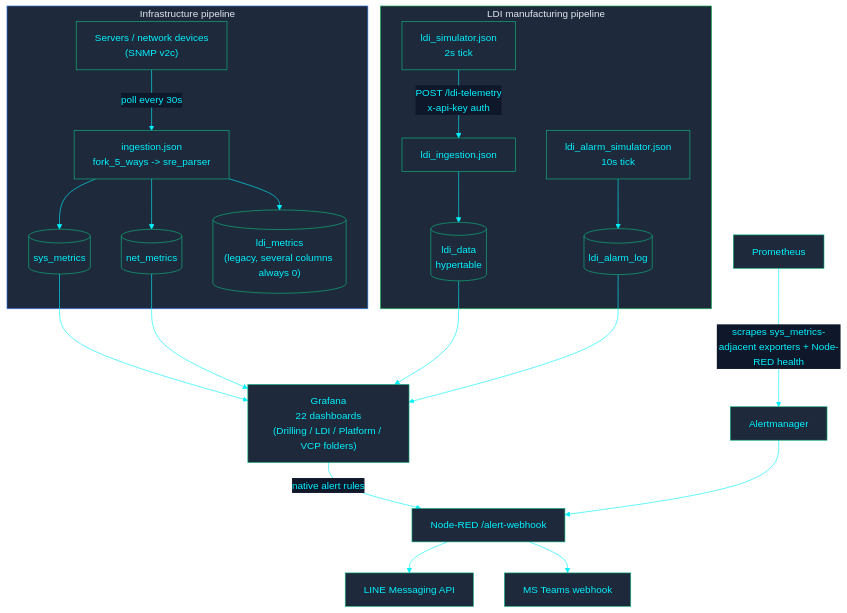
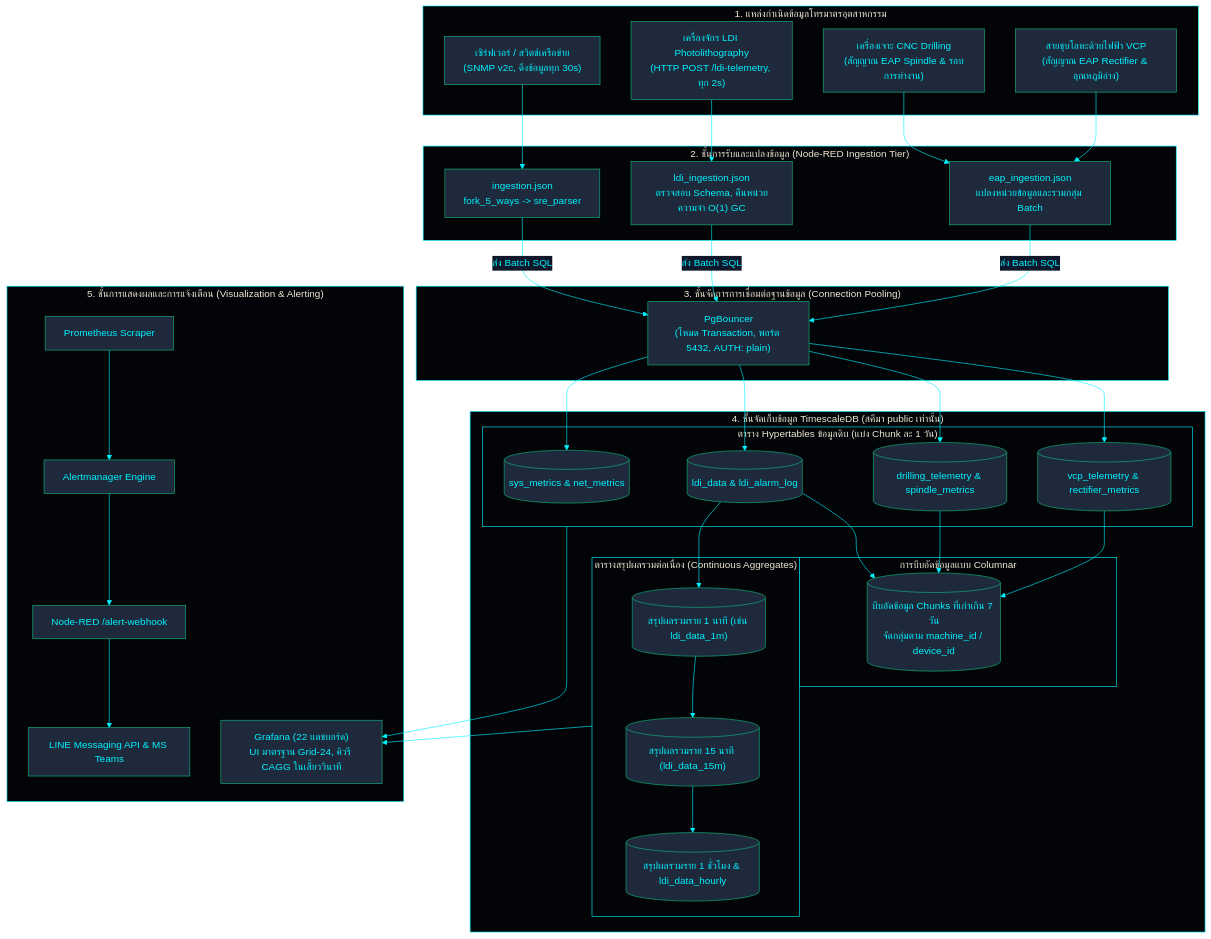
The first of 3 diagrams in th/docs/architecture/DATA_FLOW.md (PATTANAKORN025/IMS), drawn with Mermaid before and after one commit. The commit also changed other lines of this file and 29 other files, not shown here.

Commit message:
docs: elevate ADRs, data flow, DR playbooks, mock data, and update flag to Taiwan flag across en/th/zh-CN

````diff
--- a/th/docs/architecture/DATA_FLOW.md
+++ b/th/docs/architecture/DATA_FLOW.md
@@ -18,30 +28,78 @@
 ```mermaid
 %%{init: {'theme': 'base', 'themeVariables': { 'primaryColor': '#1e293b', 'primaryTextColor': '#00F2FE', 'primaryBorderColor': '#10B981', 'lineColor': '#00F2FE', 'secondaryColor': '#0f172a', 'tertiaryColor': '#0f172a', 'clusterBkg': '#030407', 'clusterBorder': '#00F2FE'}}}%%
 flowchart TB
- subgraph INFRA["Infrastructure pipeline"]
-  DEV["Servers / network devices\n(SNMP v2c)"] -->|"poll every 30s"| WALK["ingestion.json\nfork_5_ways -> sre_parser"]
-  WALK --> SYS[("sys_metrics")]
-  WALK --> NET[("net_metrics")]
-  WALK --> LDIM[("ldi_metrics\n(legacy, several columns always 0)")]
- end
+  subgraph SOURCES["1. แหล่งกำเนิดข้อมูลโทรมาตรอุตสาหกรรม"]
+    SNMP_DEV["เซิร์ฟเวอร์ / สวิตช์เครือข่าย
+(SNMP v2c, ดึงข้อมูลทุก 30s)"]
+    LDI_DEV["เครื่องจักร LDI Photolithography
+(HTTP POST /ldi-telemetry, ทุก 2s)"]
+    DRL_DEV["เครื่องเจาะ CNC Drilling
+(สัญญาณ EAP Spindle & รอบการทำงาน)"]
+    VCP_DEV["สายชุบโลหะด้วยไฟฟ้า VCP
+(สัญญาณ EAP Rectifier & อุณหภูมิอ่าง)"]
+  end
 
- subgraph LDI["LDI manufacturing pipeline"]
-  SIM["ldi_simulator.json\n2s tick"] -->|"POST /ldi-telemetry\nx-api-key auth"| ING["ldi_ingestion.json"]
-  ING --> LDID[("ldi_data\nhypertable")]
-  ALMSIM["ldi_alarm_simulator.json\n10s tick"] --> ALOG[("ldi_alarm_log")]
- end
+  subgraph INGESTION["2. ชั้นการรับและแปลงข้อมูล (Node-RED Ingestion Tier)"]
+    NR_INFRA["ingestion.json
+fork_5_ways -> sre_parser"]
+    NR_LDI["ldi_ingestion.json
+ตรวจสอบ Schema, คืนหน่วยความจำ O(1) GC"]
+    NR_EAP["eap_ingestion.json
+แปลงหน่วยข้อมูลและรวมกลุ่ม Batch"]
+  end
 
- SYS --> GRAFANA["Grafana\n22 dashboards\n(Drilling / LDI / Platform / VCP folders)"]
- NET --> GRAFANA
- LDID --> GRAFANA
- ALOG --> GRAFANA
+  subgraph POOL["3. ชั้นจัดการการเชื่อมต่อฐานข้อมูล (Connection Pooling)"]
+    PGB["PgBouncer
+(โหมด Transaction, พอร์ต 5432, AUTH: plain)"]
+  end
 
- GRAFANA -->|"native alert rules"| WEBHOOK["Node-RED /alert-webhook"]
- PROM["Prometheus"] -->|"scrapes sys_metrics-adjacent exporters + Node-RED health"| AM["Alertmanager"]
- AM --> WEBHOOK
- WEBHOOK --> LINE["LINE Messaging API"]
- WEBHOOK --> TEAMS["MS Teams webhook"]
+  subgraph STORAGE["4. ชั้นจัดเก็บข้อมูล TimescaleDB (สคีมา public เท่านั้น)"]
+    subgraph HYPER["ตาราง Hypertables ข้อมูลดิบ (แบ่ง Chunk ละ 1 วัน)"]
+      HT_SYS[("sys_metrics & net_metrics")]
+      HT_LDI[("ldi_data & ldi_alarm_log")]
+      HT_DRL[("drilling_telemetry & spindle_metrics")]
+      HT_VCP[("vcp_telemetry & rectifier_metrics")]
+    end
+    subgraph CAGGS["ตารางสรุปผลรวมต่อเนื่อง (Continuous Aggregates)"]
+      CAGG_1M[("สรุปผลรวมราย 1 นาที (เช่น ldi_data_1m)")]
+      CAGG_15M[("สรุปผลรวมราย 15 นาที (ldi_data_15m)")]
+      CAGG_1H[("สรุปผลรวมราย 1 ชั่วโมง & ldi_data_hourly")]
+    end
+    subgraph COMPRESS["การบีบอัดข้อมูลแบบ Columnar"]
+      COL[("บีบอัดข้อมูล Chunks ที่เก่าเกิน 7 วัน
+จัดกลุ่มตาม machine_id / device_id")]
+    end
+  end
 
- style INFRA fill:#1e293b,stroke:#3b82f6,color:#e2e8f0
- style LDI fill:#1e293b,stroke:#22c55e,color:#e2e8f0
+  subgraph DISPATCH["5. ชั้นการแสดงผลและการแจ้งเตือน (Visualization & Alerting)"]
+    GRAF["Grafana (22 แดชบอร์ด)
+UI มาตรฐาน Grid-24, คิวรี CAGG ในเสี้ยววินาที"]
+    PROM["Prometheus Scraper"]
+    AM["Alertmanager Engine"]
+    WH["Node-RED /alert-webhook"]
+    NOTIF["LINE Messaging API & MS Teams"]
+  end
+
+  SNMP_DEV --> NR_INFRA
+  LDI_DEV --> NR_LDI
+  DRL_DEV --> NR_EAP
+  VCP_DEV --> NR_EAP
+
+  NR_INFRA -->|ส่ง Batch SQL| PGB
+  NR_LDI -->|ส่ง Batch SQL| PGB
+  NR_EAP -->|ส่ง Batch SQL| PGB
+
+  PGB --> HT_SYS
+  PGB --> HT_LDI
+  PGB --> HT_DRL
+  PGB --> HT_VCP
+
+  HT_LDI --> CAGG_1M --> CAGG_15M --> CAGG_1H
+  HT_LDI --> COL
+  HT_DRL --> COL
+  HT_VCP --> COL
+
+  CAGGS --> GRAF
+  HYPER --> GRAF
+  PROM --> AM --> WH --> NOTIF
 ```
````
